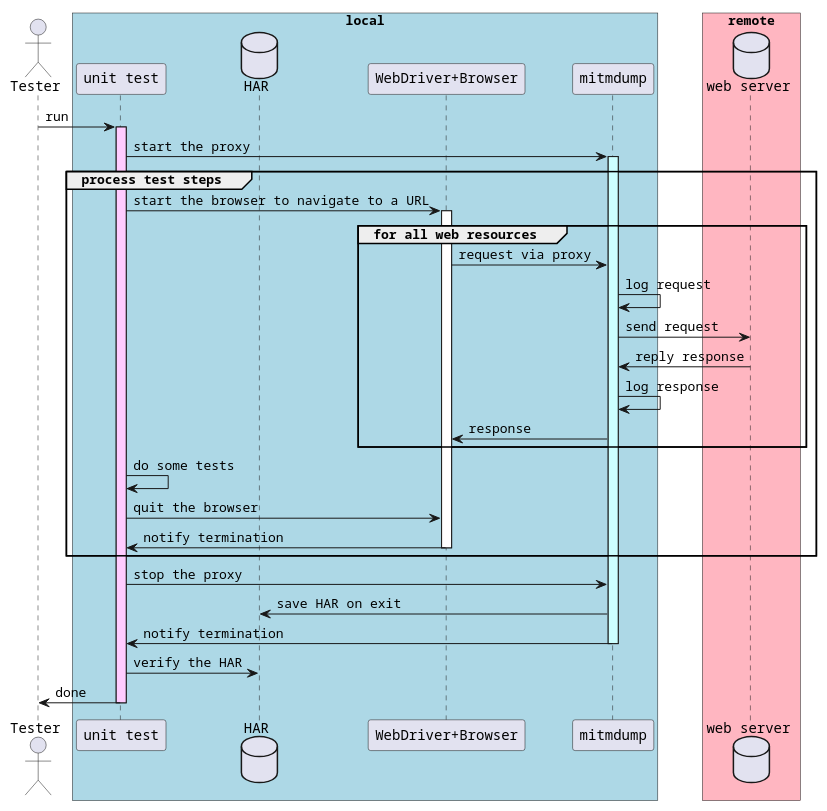
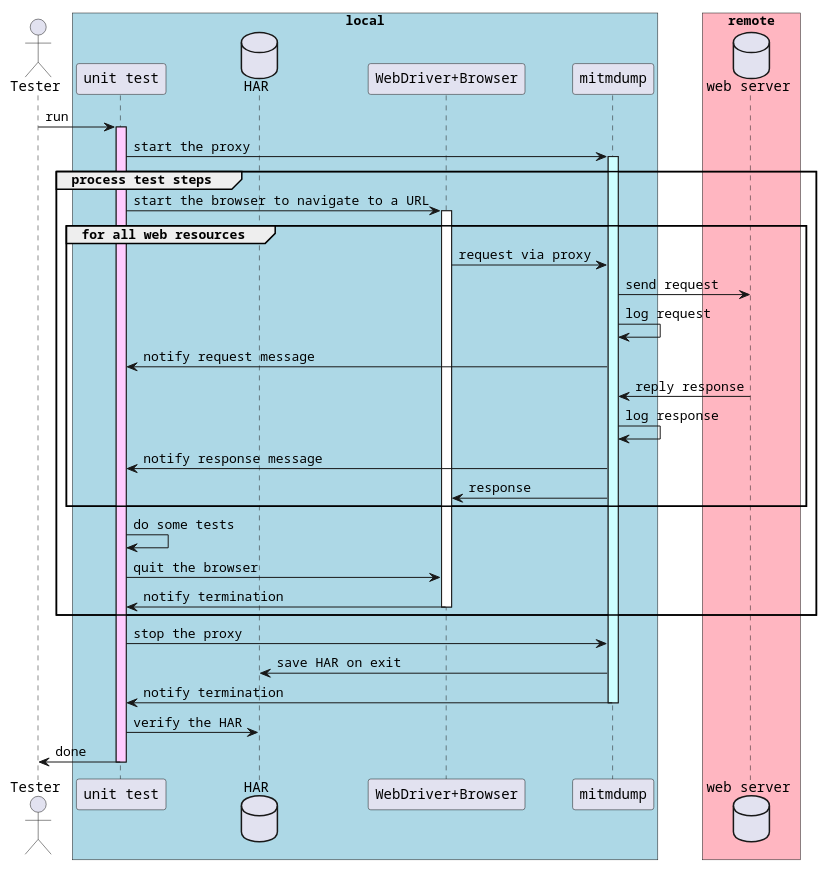
Before and after one commit to kazurayam/mitmproxy-lesson: the diagram in docs/diagrams/src/sequence.puml, drawn with PlantUML. The commit also changed 2 other files, not shown here.

Commit message:
modified the sequence diagram

```diff
--- a/docs/diagrams/src/sequence.puml
+++ b/docs/diagrams/src/sequence.puml
@@ -1,44 +1,46 @@
 @startuml sequence
 
 skinparam defaultFontName Courier
 
 actor       Tester      as tester
 box "local" #LightBlue
 participant "unit test" as script
 database    HAR         as har
 participant "WebDriver+Browser" as browser
 participant mitmdump    as proxy
 end box
 
 box "remote" #LightPink
 database    "web server"   as server
 end box
 
 tester   -> script      : run
 activate script #FFccFF
 script   -> proxy      : start the proxy
 activate proxy #ccFFFF
 group process test steps
 script   -> browser    : start the browser to navigate to a URL
 activate browser
 group for all web resources
 browser  -> proxy      : request via proxy
+proxy    -> server     : send request
 proxy    -> proxy      : log request
-proxy    -> server     : send request
+proxy    -> script     : notify request message
 server   -> proxy      : reply response
 proxy    -> proxy      : log response
+proxy    -> script     : notify response message
 proxy    -> browser    : response
 end
 script   -> script     : do some tests
 script   -> browser    : quit the browser
 browser  -> script     : notify termination
 deactivate browser
 end
 script   -> proxy      : stop the proxy
 proxy    -> har        : save HAR on exit
 proxy    -> script     : notify termination
 deactivate proxy
 script   -> har        : verify the HAR
 script   -> tester     : done
 deactivate script
 @enduml
```
